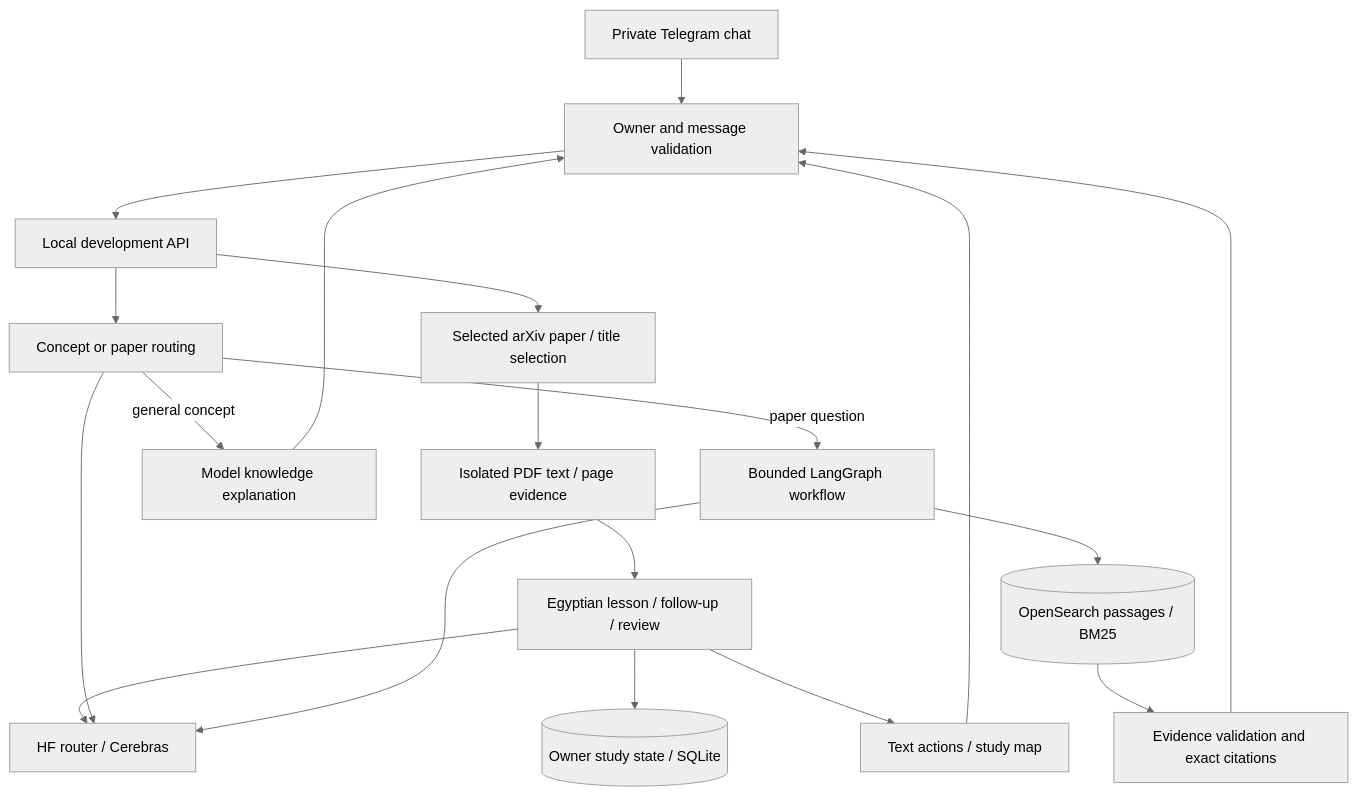
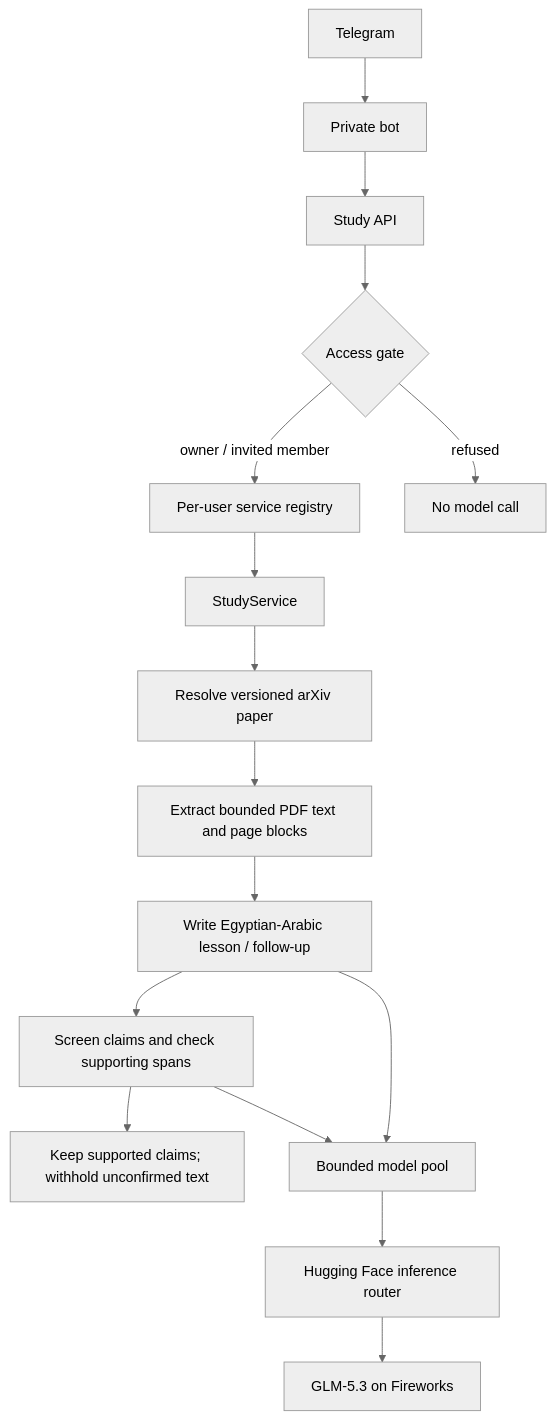
The diagram in README.md (Xmen3em/AI-ScholarLens), drawn with Mermaid (neutral theme) before and after one commit. The commit also changed other lines of this file and 12 other files, not shown here.

````diff
--- a/README.md
+++ b/README.md
@@ -128,21 +155,18 @@
 ```mermaid
 flowchart TD
-    T[Private Telegram chat] --> B[Owner and message validation]
-    B --> A[Local development API]
-    A --> I[Selected arXiv paper / title selection]
-    I --> P[Isolated PDF text / page evidence]
-    P --> L[Egyptian lesson / follow-up / review]
-    L --> H[HF router / Cerebras]
-    L --> M[(Owner study state / SQLite)]
-    L --> V[Text actions / study map]
-    V --> B
-    A --> R[Concept or paper routing]
-    R -->|general concept| K[Model knowledge explanation]
-    R -->|paper question| G[Bounded LangGraph workflow]
-    G --> S[(OpenSearch passages / BM25)]
-    S --> E[Evidence validation and exact citations]
-    R --> H
-    G --> H
-    K --> B
-    E --> B
+    T[Telegram] --> B[Private bot]
+    B --> A[Study API]
+    A --> G{Access gate}
+    G -->|owner / invited member| R[Per-user service registry]
+    G -->|refused| X[No model call]
+    R --> S[StudyService]
+    S --> Resolve[Resolve versioned arXiv paper]
+    Resolve --> Extract[Extract bounded PDF text and page blocks]
+    Extract --> Teach[Write Egyptian-Arabic lesson / follow-up]
+    Teach --> Check[Screen claims and check supporting spans]
+    Check --> Deliver[Keep supported claims; withhold unconfirmed text]
+    Teach --> Pool[Bounded model pool]
+    Check --> Pool
+    Pool --> HF[Hugging Face inference router]
+    HF --> GLM[GLM-5.3 on Fireworks]
 ```
````
